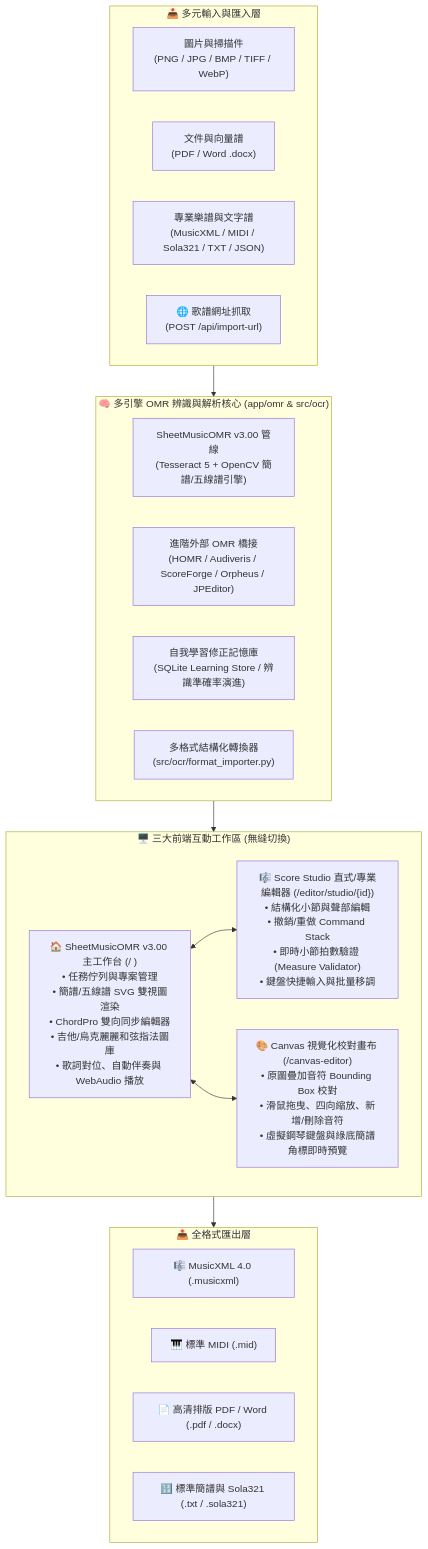
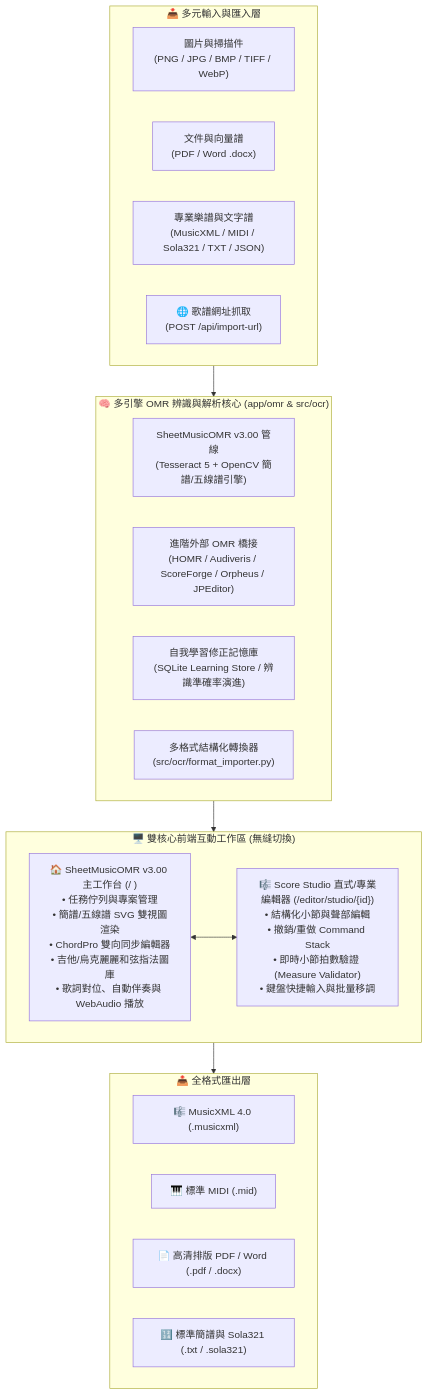
Before and after one commit to Jimmy-hankdress/score-ocr-toolkit: the diagram in README.md, drawn with Mermaid. The commit also changed other lines of this file and 8 other files, not shown here.

Commit message:
chore(ui): remove deprecated canvas visual proofreader (/canvas-editor)

````diff
--- a/README.md
+++ b/README.md
@@ -17,35 +17,33 @@
 ```mermaid
 flowchart TD
     subgraph Input["📥 多元輸入與匯入層"]
         I1["圖片與掃描件<br/>(PNG / JPG / BMP / TIFF / WebP)"]
         I2["文件與向量譜<br/>(PDF / Word .docx)"]
         I3["專業樂譜與文字譜<br/>(MusicXML / MIDI / Sola321 / TXT / JSON)"]
         I4["🌐 歌譜網址抓取<br/>(POST /api/import-url)"]
     end
 
     subgraph Engine["🧠 多引擎 OMR 辨識與解析核心 (app/omr & src/ocr)"]
         E1["SheetMusicOMR v3.00 管線<br/>(Tesseract 5 + OpenCV 簡譜/五線譜引擎)"]
         E2["進階外部 OMR 橋接<br/>(HOMR / Audiveris / ScoreForge / Orpheus / JPEditor)"]
         E3["自我學習修正記憶庫<br/>(SQLite Learning Store / 辨識準確率演進)"]
         E4["多格式結構化轉換器<br/>(src/ocr/format_importer.py)"]
     end
 
-    subgraph Frontend["🖥️ 三大前端互動工作區 (無縫切換)"]
+    subgraph Frontend["🖥️ 雙核心前端互動工作區 (無縫切換)"]
         F1["🏠 SheetMusicOMR v3.00 主工作台 (/ )<br/>• 任務佇列與專案管理<br/>• 簡譜/五線譜 SVG 雙視圖渲染<br/>• ChordPro 雙向同步編輯器<br/>• 吉他/烏克麗麗和弦指法圖庫<br/>• 歌詞對位、自動伴奏與 WebAudio 播放"]
         F2["🎼 Score Studio 直式/專業編輯器 (/editor/studio/{id})<br/>• 結構化小節與聲部編輯<br/>• 撤銷/重做 Command Stack<br/>• 即時小節拍數驗證 (Measure Validator)<br/>• 鍵盤快捷輸入與批量移調"]
-        F3["🎨 Canvas 視覺化校對畫布 (/canvas-editor)<br/>• 原圖疊加音符 Bounding Box 校對<br/>• 滑鼠拖曳、四向縮放、新增/刪除音符<br/>• 虛擬鋼琴鍵盤與綠底簡譜角標即時預覽"]
     end
 
     subgraph Output["📤 全格式匯出層"]
         O1["🎼 MusicXML 4.0 (.musicxml)"]
         O2["🎹 標準 MIDI (.mid)"]
         O3["📄 高清排版 PDF / Word (.pdf / .docx)"]
         O4["🔢 標準簡譜與 Sola321 (.txt / .sola321)"]
     end
 
     Input --> Engine
     Engine --> Frontend
     Frontend --> Output
     F1 <--> F2
-    F1 <--> F3
 ```
````
